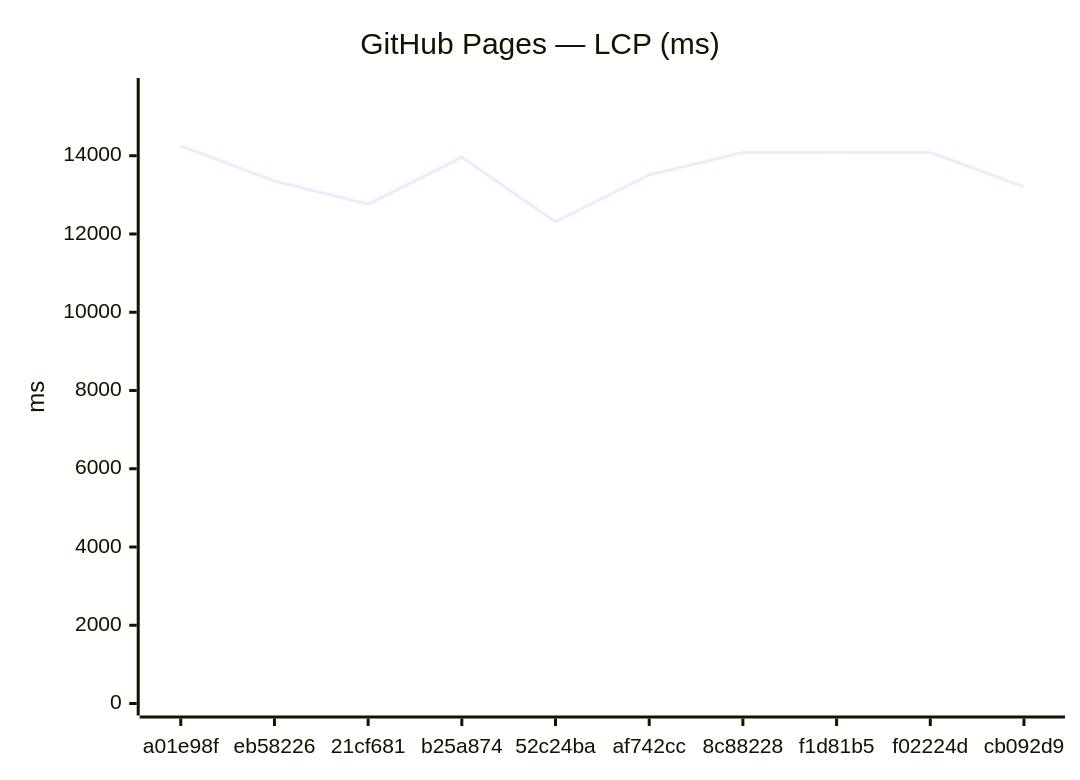
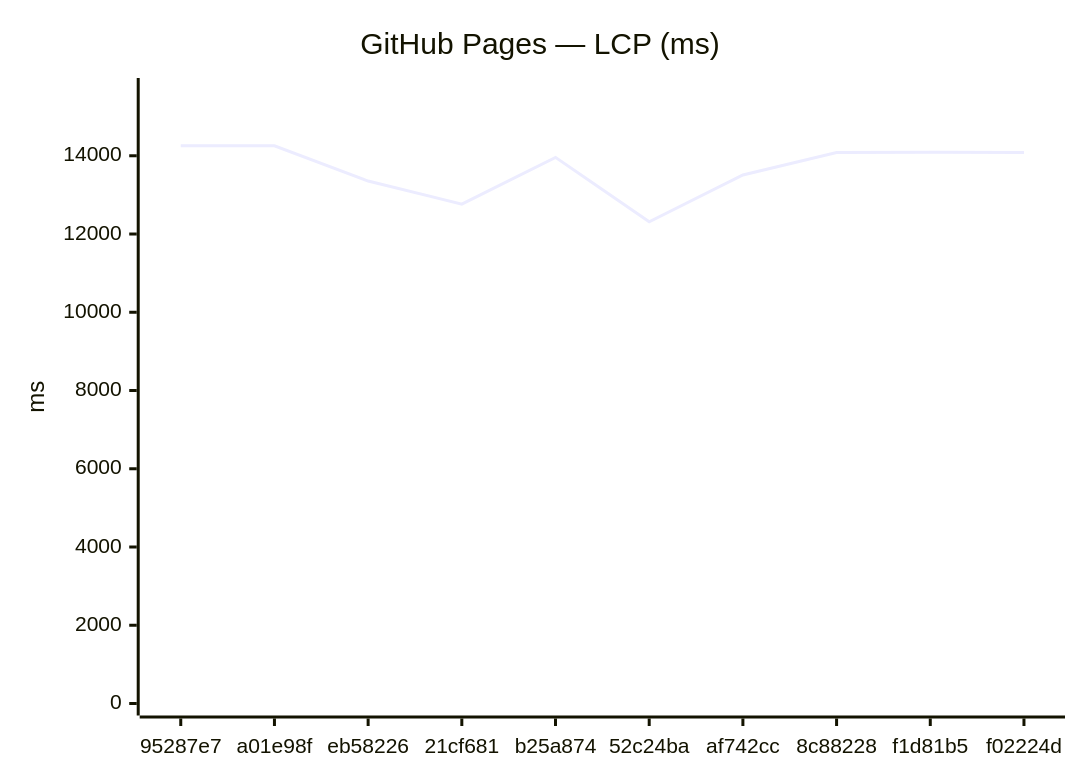
The third of 18 diagrams in benchmarks/compare.md (Metaheurist/Rianell), drawn with Mermaid before and after one commit. The commit also changed other lines of this file and 11 other files, not shown here.

````diff
--- a/benchmarks/compare.md
+++ b/benchmarks/compare.md
@@ -54,7 +54,7 @@
 ```mermaid
 xychart-beta
     title "GitHub Pages — LCP (ms)"
-    x-axis ["a01e98f", "eb58226", "21cf681", "b25a874", "52c24ba", "af742cc", "8c88228", "f1d81b5", "f02224d", "cb092d9"]
-    y-axis "ms" 0 --> 15680
-    line [14254, 13354, 12763, 13959, 12313, 13510, 14082, 14090, 14084, 13204]
+    x-axis ["95287e7", "a01e98f", "eb58226", "21cf681", "b25a874", "52c24ba", "af742cc", "8c88228", "f1d81b5", "f02224d"]
+    y-axis "ms" 0 --> 15681
+    line [14255, 14254, 13354, 12763, 13959, 12313, 13510, 14082, 14090, 14084]
 ```
````
